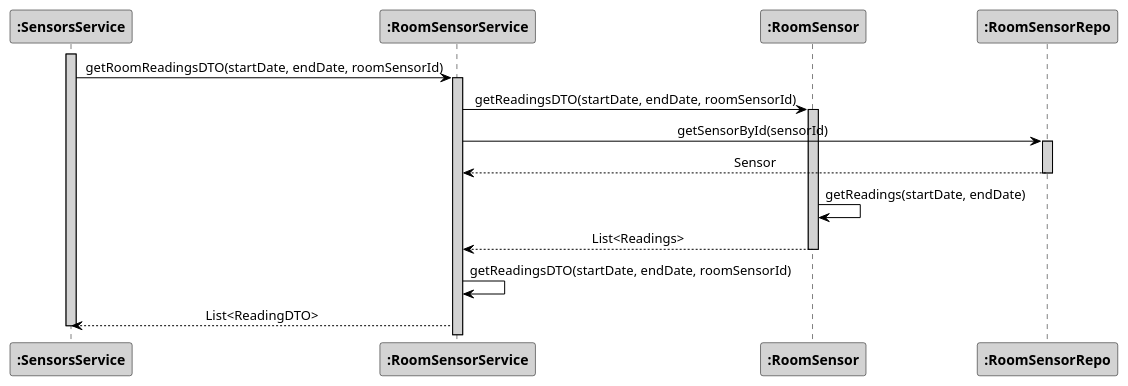
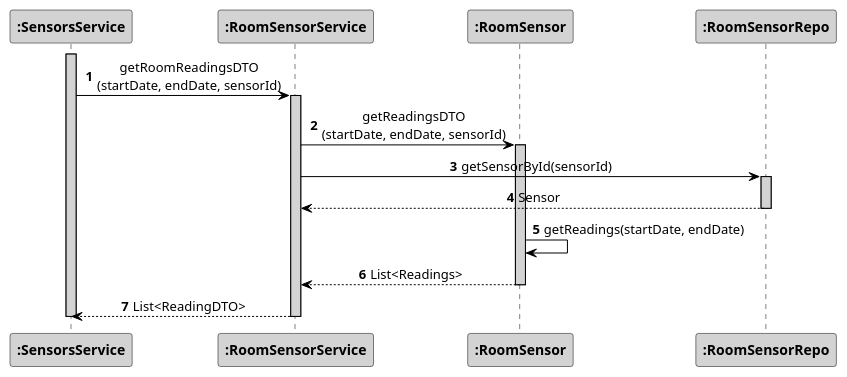
The diagram in src/main/java/pt/ipp/isep/dei/project/controllers/instantstempoutofcomfortlevelcontroller/SD_Ref1_InstantsTempOutOfComfortLevel.puml (1181687/hateoasToy), drawn with PlantUML before and after one commit. The commit also changed 2 other files, not shown here.

```diff
--- a/src/main/java/pt/ipp/isep/dei/project/controllers/instantstempoutofcomfortlevelcontroller/SD_Ref1_InstantsTempOutOfComfortLevel.puml
+++ b/src/main/java/pt/ipp/isep/dei/project/controllers/instantstempoutofcomfortlevelcontroller/SD_Ref1_InstantsTempOutOfComfortLevel.puml
@@ -1,38 +1,39 @@
 @startuml
 skinparam sequenceMessageAlign center
 skinparam sequence {
 	ArrowColor Black
 	ActorBorderColor DarkBlue
 	LifeLineBorderColor black
 	LifeLineBackgroundColor LightGrey
 
 	ParticipantBorderColor Black
 	ParticipantBackgroundColor LightGrey
 	ParticipantFontStyle Bold
 
 	ActorBackgroundColor DimGrey
 	ActorFontColor DeepSkyBlue
 	ActorFontStyle Bold
 	ActorFontSize 17
 	ActorFontName Aapex
 }
+autonumber
 
 activate ":SensorsService"
-":SensorsService" -> ":RoomSensorService": getRoomReadingsDTO(startDate, endDate, roomSensorId)
+":SensorsService" -> ":RoomSensorService": getRoomReadingsDTO\n(startDate, endDate, sensorId)
 activate ":RoomSensorService"
-":RoomSensorService" -> ":RoomSensor": getReadingsDTO(startDate, endDate, roomSensorId)
+":RoomSensorService" -> ":RoomSensor": getReadingsDTO\n(startDate, endDate, sensorId)
 activate ":RoomSensor"
 ":RoomSensorService" -> ":RoomSensorRepo":getSensorById(sensorId)
 activate ":RoomSensorRepo"
 ":RoomSensorService" <-- ":RoomSensorRepo": Sensor
 deactivate ":RoomSensorRepo"
 ":RoomSensor" -> ":RoomSensor": getReadings(startDate, endDate)
 deactivate ":RoomSensorRepo"
 ":RoomSensorService" <-- ":RoomSensor": List<Readings>
 deactivate ":RoomSensor"
-":RoomSensorService" -> ":RoomSensorService": getReadingsDTO(startDate, endDate, roomSensorId)
 ":SensorsService" <-- ":RoomSensorService": List<ReadingDTO>
+deactivate ":RoomSensorService"
 deactivate ":SensorsService"
 
 
 @enduml
```
